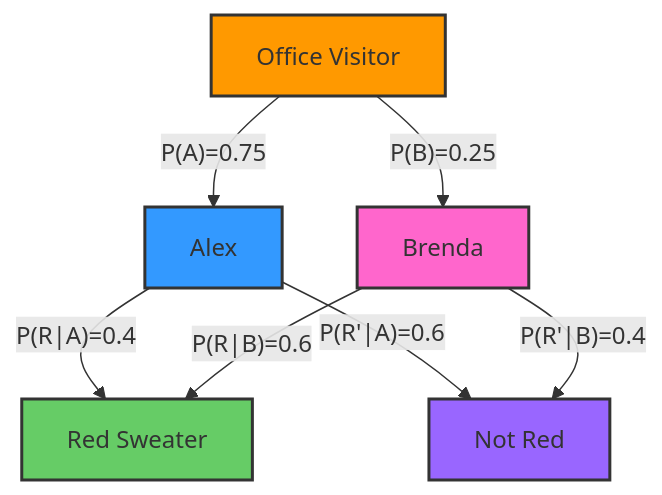
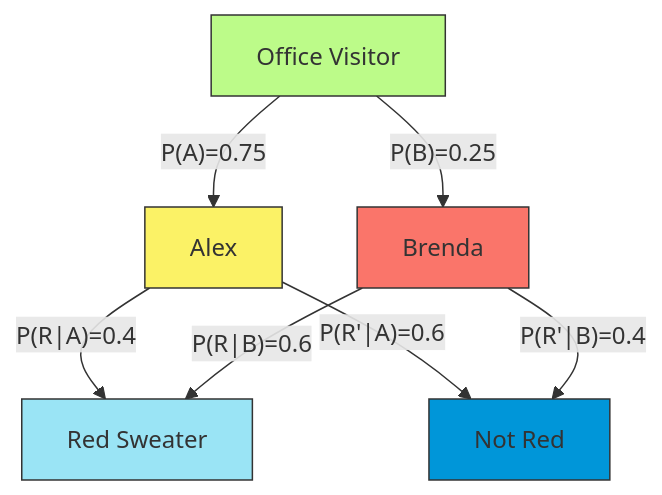
One commit to Chaklader/part-of-speech-tagging changed diagram 20 of 23 in C_2.md. Above: the diagram before and after it, drawn with Mermaid. The commit also changed other lines of this file, not shown here.

````diff
--- a/C_2.md
+++ b/C_2.md
@@ -1950,14 +1951,14 @@
 ```mermaid
 flowchart TD
     A["Office Visitor"] -->|"P(A)=0.75"| B["Alex"]
     A -->|"P(B)=0.25"| C["Brenda"]
     B -->|"P(R|A)=0.4"| D["Red Sweater"]
     B -->|"P(R'|A)=0.6"| E["Not Red"]
     C -->|"P(R|B)=0.6"| D
     C -->|"P(R'|B)=0.4"| E
-    style A fill:#ff9900,stroke:#333,stroke-width:2px
-    style B fill:#3399ff,stroke:#333,stroke-width:2px
-    style C fill:#ff66cc,stroke:#333,stroke-width:2px
-    style D fill:#66cc66,stroke:#333,stroke-width:2px
-    style E fill:#9966ff,stroke:#333,stroke-width:2px
+style A fill:#BCFB89,stroke:#333,stroke-width:1px
+  style B fill:#FBF266,stroke:#333,stroke-width:1px
+  style C fill:#FA756A,stroke:#333,stroke-width:1px
+  style D fill:#9AE4F5,stroke:#333,stroke-width:1px
+  style E fill:#0096D9,stroke:#333,stroke-width:1px
 ```
````
